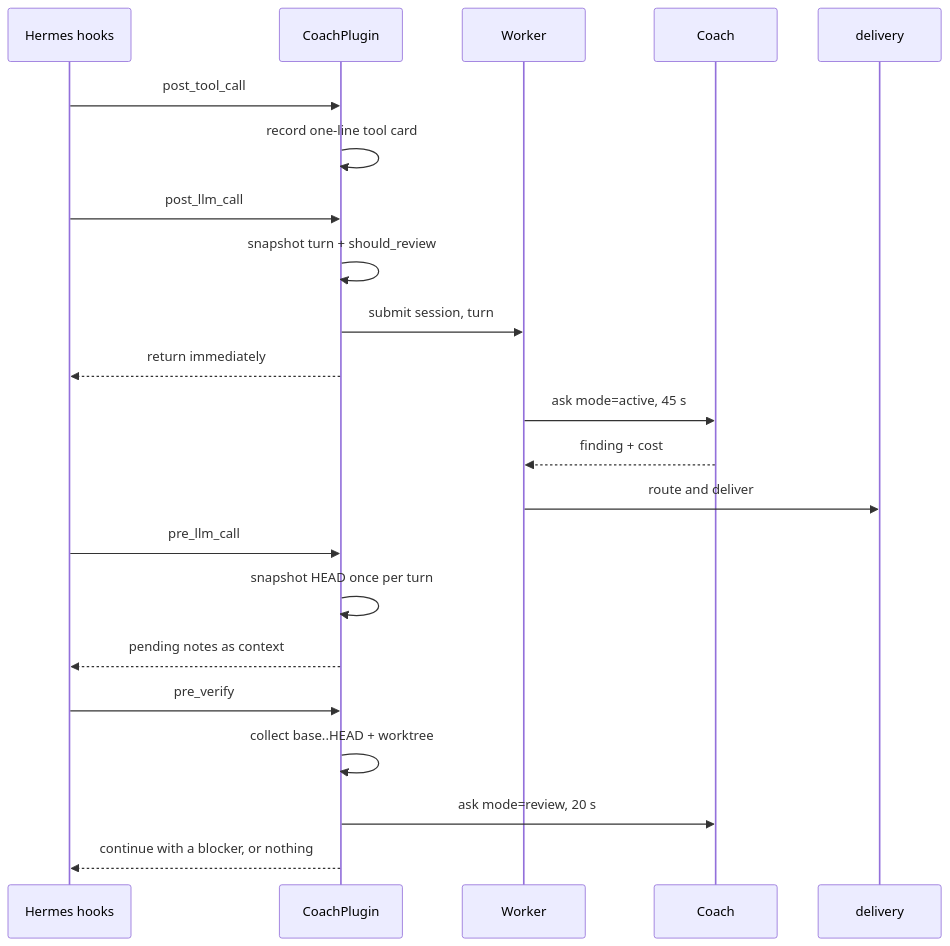
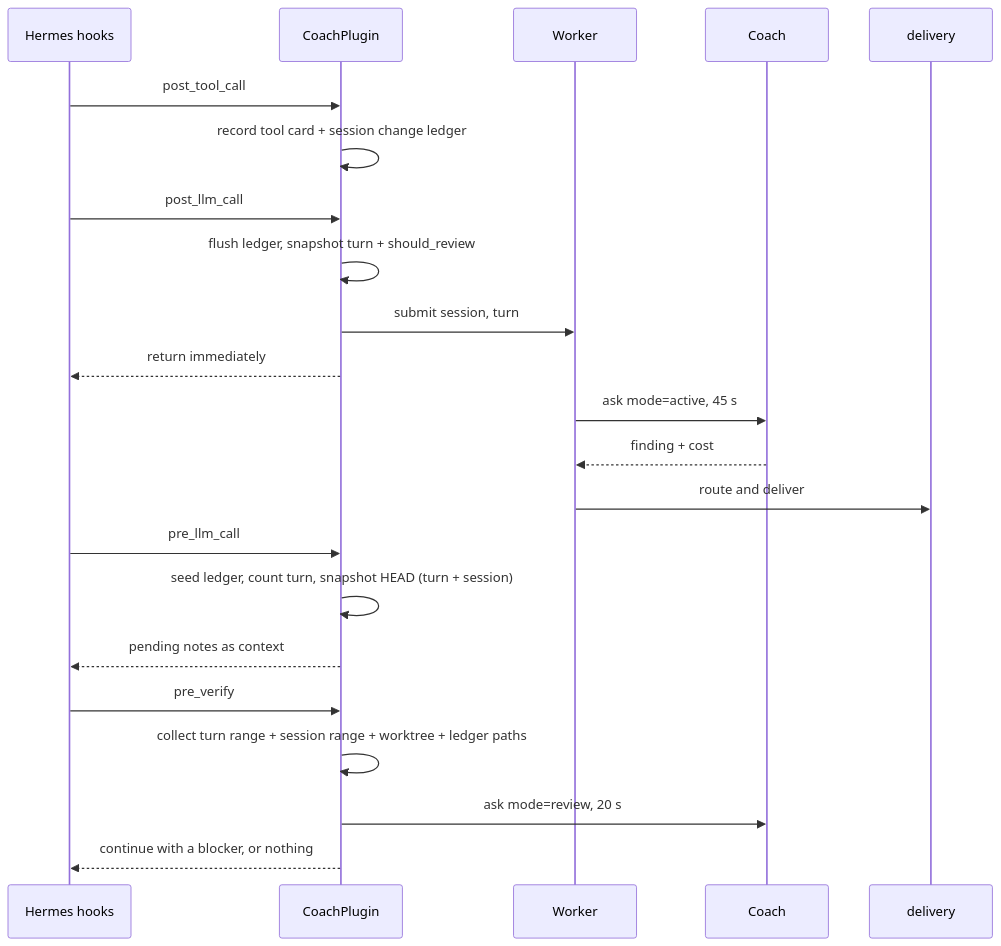
The second of 2 diagrams in docs/wiki/plugin-runtime.md (Printaga/Hermes-Coach), drawn with Mermaid before and after one commit. The commit also changed other lines of this file and 30 other files, not shown here.

````diff
--- a/docs/wiki/plugin-runtime.md
+++ b/docs/wiki/plugin-runtime.md
@@ -36,24 +36,24 @@
 ```mermaid
 sequenceDiagram
   participant H as Hermes hooks
   participant P as CoachPlugin
   participant W as Worker
   participant C as Coach
   participant D as delivery
   H->>P: post_tool_call
-  P->>P: record one-line tool card
+  P->>P: record tool card + session change ledger
   H->>P: post_llm_call
-  P->>P: snapshot turn + should_review
+  P->>P: flush ledger, snapshot turn + should_review
   P->>W: submit session, turn
   P-->>H: return immediately
   W->>C: ask mode=active, 45 s
   C-->>W: finding + cost
   W->>D: route and deliver
   H->>P: pre_llm_call
-  P->>P: snapshot HEAD once per turn
+  P->>P: seed ledger, count turn, snapshot HEAD (turn + session)
   P-->>H: pending notes as context
   H->>P: pre_verify
-  P->>P: collect base..HEAD + worktree
+  P->>P: collect turn range + session range + worktree + ledger paths
   P->>C: ask mode=review, 20 s
   P-->>H: continue with a blocker, or nothing
 ```
````
